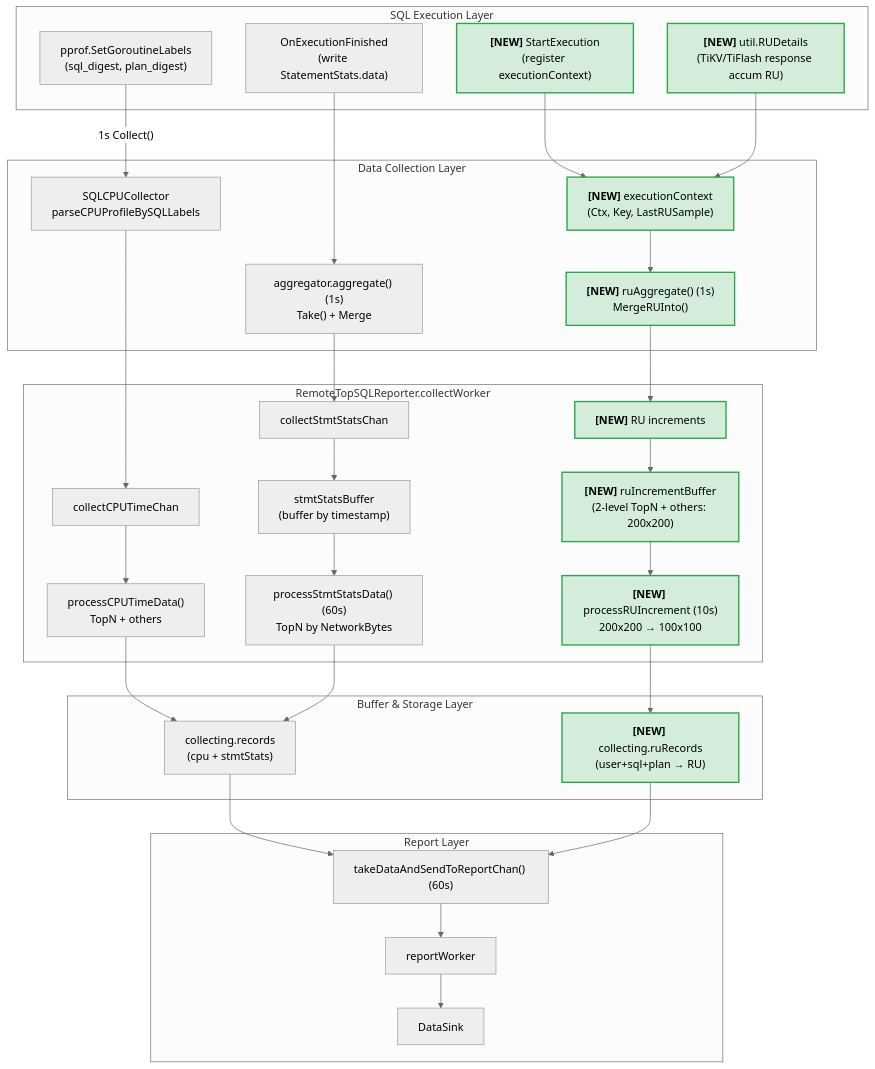
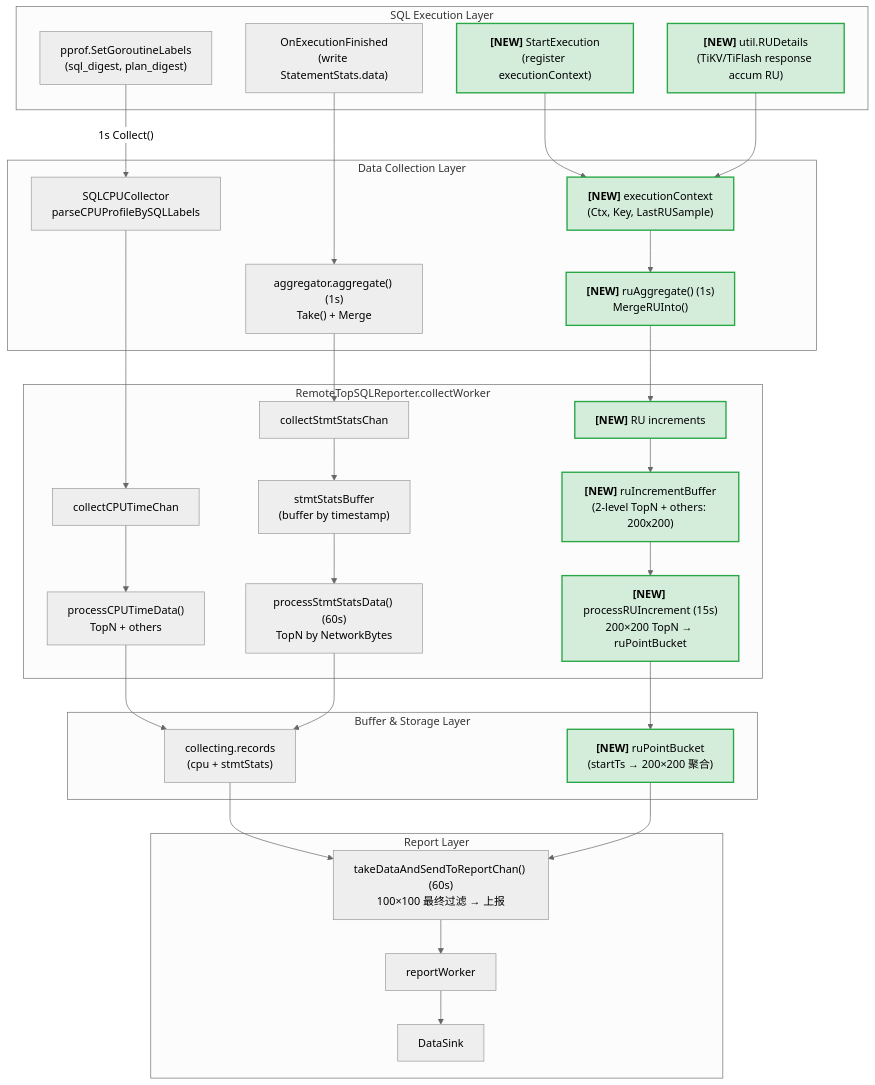
One commit to zimulala/tidb changed the diagram in docs/design/2025-01-XX-topru-design-refactored.md. Above: the diagram before and after it, drawn with Mermaid. The commit also changed other lines of this file, not shown here.

````diff
--- a/docs/design/2025-01-XX-topru-design-refactored.md
+++ b/docs/design/2025-01-XX-topru-design-refactored.md
@@ -144,61 +143,61 @@
 ```mermaid
 ---
 config:
   theme: neutral
 ---
 flowchart TB
     subgraph SQL_Execution["SQL Execution Layer"]
         ex1["pprof.SetGoroutineLabels<br/>(sql_digest, plan_digest)"]
         ex2["OnExecutionFinished<br/>(write StatementStats.data)"]
         startExec["<b>[NEW]</b> StartExecution<br/>(register executionContext)"]:::newRU
         ruDetails["<b>[NEW]</b> util.RUDetails<br/>(TiKV/TiFlash response accum RU)"]:::newRU
     end
 
     subgraph Data_Collection["Data Collection Layer"]
         cpu["SQLCPUCollector<br/>parseCPUProfileBySQLLabels"]
         agg["aggregator.aggregate() (1s)<br/>Take() + Merge"]
         execCtx["<b>[NEW]</b> executionContext<br/>(Ctx, Key, LastRUSample)"]:::newRU
         ruAgg["<b>[NEW]</b> ruAggregate() (1s)<br/>MergeRUInto()"]:::newRU
     end
 
     subgraph Reporter["RemoteTopSQLReporter.collectWorker"]
         cpuChan["collectCPUTimeChan"]
         stmtChan["collectStmtStatsChan"]
         ruChan["<b>[NEW]</b> RU increments"]:::newRU
         procCPU["processCPUTimeData()<br/>TopN + others"]
         stmtBuf["stmtStatsBuffer<br/>(buffer by timestamp)"]
         ruBuf["<b>[NEW]</b> ruIncrementBuffer<br/>(2-level TopN + others: 200x200)"]:::newRU
         procStmt["processStmtStatsData() (60s)<br/>TopN by NetworkBytes"]
-        procRU["<b>[NEW]</b> processRUIncrement (10s)<br/>200x200 → 100x100"]:::newRU
+        procRU["<b>[NEW]</b> processRUIncrement (15s)<br/>200×200 TopN → ruPointBucket"]:::newRU
     end
 
     subgraph Storage["Buffer & Storage Layer"]
         rec["collecting.records<br/>(cpu + stmtStats)"]
-        ruRec["<b>[NEW]</b> collecting.ruRecords<br/>(user+sql+plan → RU)"]:::newRU
+        ruBucket["<b>[NEW]</b> ruPointBucket<br/>(startTs → 200×200 聚合)"]:::newRU
     end
 
     subgraph Report["Report Layer"]
-        send["takeDataAndSendToReportChan() (60s)"]
+        send["takeDataAndSendToReportChan() (60s)<br/>100×100 最终过滤 → 上报"]
         worker["reportWorker"]
         sink["DataSink"]
     end
 
     %% CPU pipeline
     ex1 -- "1s Collect()" --> cpu --> cpuChan --> procCPU --> rec
 
     %% StmtStats pipeline  
     ex2 --> agg --> stmtChan --> stmtBuf --> procStmt --> rec
 
     %% [NEW] RU pipeline
     startExec --> execCtx
     ruDetails --> execCtx
-    execCtx --> ruAgg --> ruChan --> ruBuf --> procRU --> ruRec
+    execCtx --> ruAgg --> ruChan --> ruBuf --> procRU --> ruBucket
 
     %% Report
     rec --> send
-    ruRec --> send
+    ruBucket --> send
     send --> worker --> sink
 
     %% Styles for new RU components
     classDef newRU fill:#d4edda,stroke:#28a745,stroke-width:2px
 ```
````
